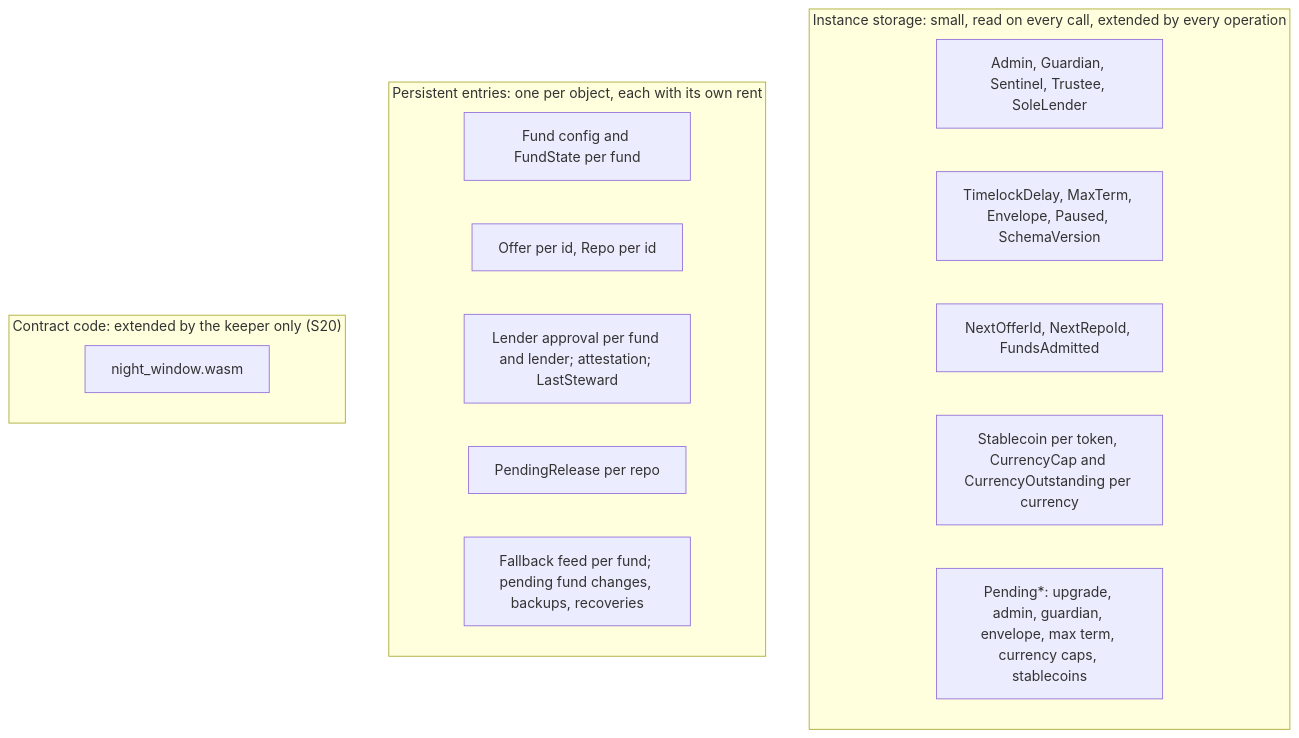
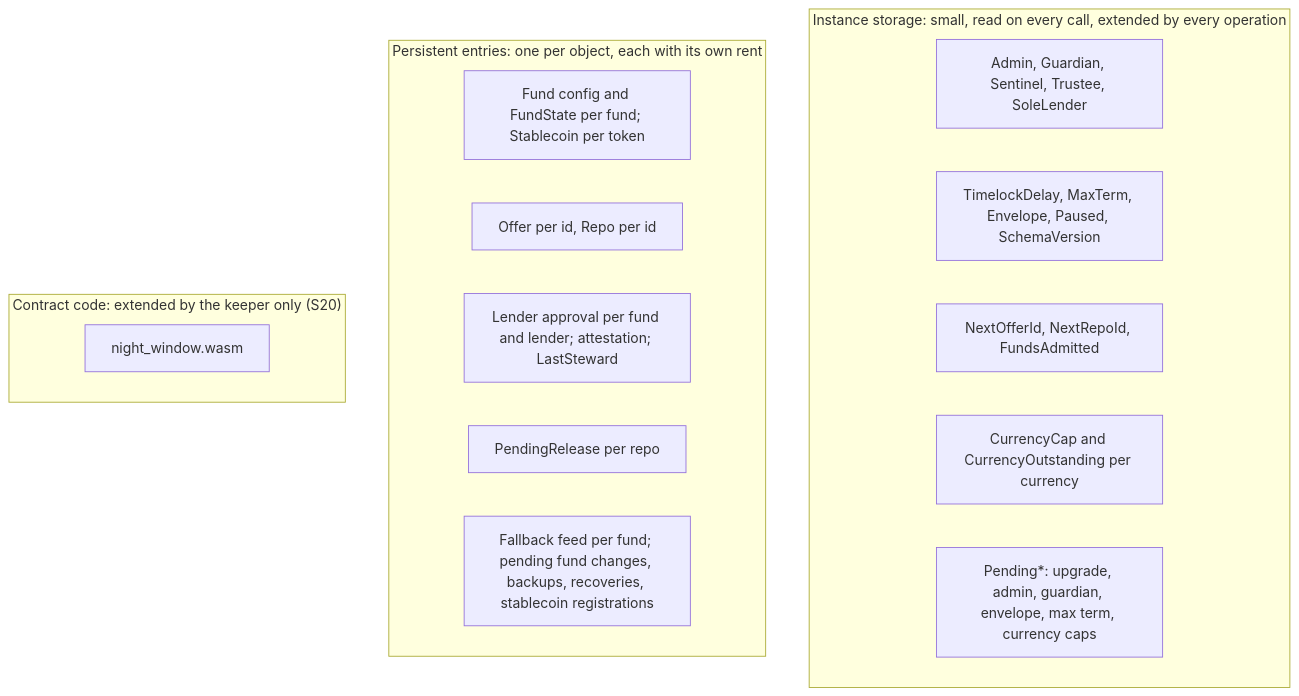
One commit to EricLtx/hackmeridian-2026 changed the seventh of 11 diagrams in docs/architecture.md. Above: the diagram before and after it, drawn with Mermaid. The commit also changed other lines of this file, not shown here.

First line of the commit message:
Docs: the architecture map at the rc5 candidate

````diff
--- a/docs/architecture.md
+++ b/docs/architecture.md
@@ -203,20 +208,20 @@
 ```mermaid
 flowchart TB
   subgraph Instance["Instance storage: small, read on every call, extended by every operation"]
     I1[Admin, Guardian, Sentinel, Trustee, SoleLender]
     I2[TimelockDelay, MaxTerm, Envelope, Paused, SchemaVersion]
     I3[NextOfferId, NextRepoId, FundsAdmitted]
-    I4[Stablecoin per token, CurrencyCap and CurrencyOutstanding per currency]
-    I5[Pending*: upgrade, admin, guardian, envelope, max term, currency caps, stablecoins]
+    I4[CurrencyCap and CurrencyOutstanding per currency]
+    I5[Pending*: upgrade, admin, guardian, envelope, max term, currency caps]
   end
   subgraph Persistent["Persistent entries: one per object, each with its own rent"]
-    P1[Fund config and FundState per fund]
+    P1[Fund config and FundState per fund; Stablecoin per token]
     P2[Offer per id, Repo per id]
     P3["Lender approval per fund and lender; attestation; LastSteward"]
     P4[PendingRelease per repo]
-    P5["Fallback feed per fund; pending fund changes, backups, recoveries"]
+    P5["Fallback feed per fund; pending fund changes, backups, recoveries, stablecoin registrations"]
   end
   subgraph Code["Contract code: extended by the keeper only (S20)"]
     W[night_window.wasm]
   end
 ```
````
